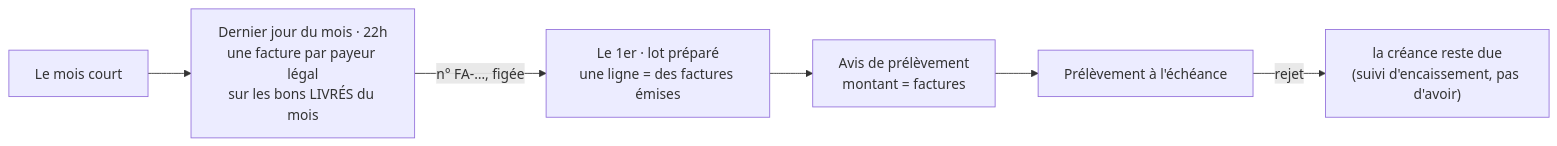
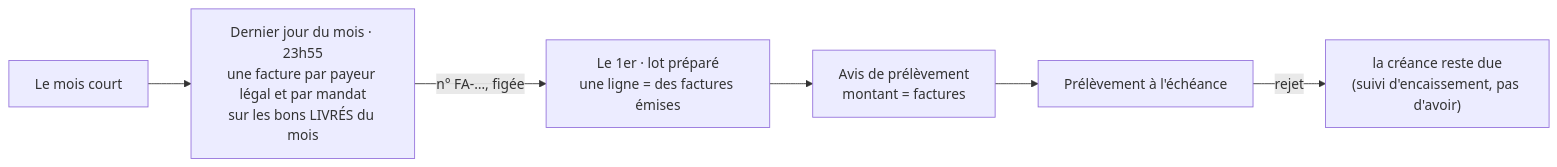
One commit to hugoheynard/lfd changed the first of 2 diagrams in documentation/comptabilite/facturation/plan-emission-de-la-facture.md. Above: the diagram before and after it, drawn with Mermaid. The commit also changed other lines of this file and 36 other files, not shown here.

First line of the commit message:
feat(facturation): la facture du mois s'émet à 23h55, et une facture par mandat

````diff
--- a/documentation/comptabilite/facturation/plan-emission-de-la-facture.md
+++ b/documentation/comptabilite/facturation/plan-emission-de-la-facture.md
@@ -50,8 +50,8 @@
 ```mermaid
 flowchart LR
-  M["Le mois court"] --> F["Dernier jour du mois · 22h<br/>une facture par payeur légal<br/>sur les bons LIVRÉS du mois"]
+  M["Le mois court"] --> F["Dernier jour du mois · 23h55<br/>une facture par payeur légal et par mandat<br/>sur les bons LIVRÉS du mois"]
   F -->|"n° FA-…, figée"| L["Le 1er · lot préparé<br/>une ligne = des factures émises"]
   L --> A["Avis de prélèvement<br/>montant = factures"]
   A --> P["Prélèvement à l'échéance"]
   P -->|rejet| R["la créance reste due<br/>(suivi d'encaissement, pas d'avoir)"]
 ```
````
